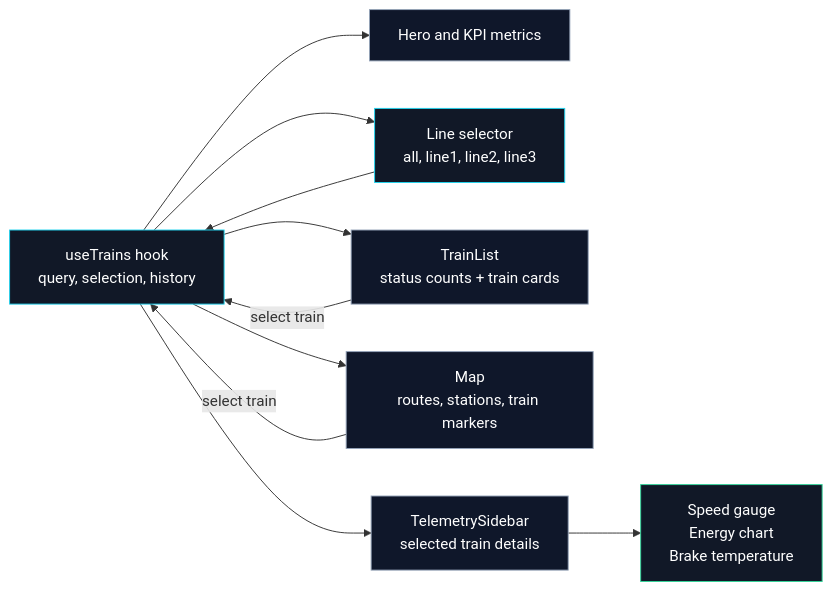
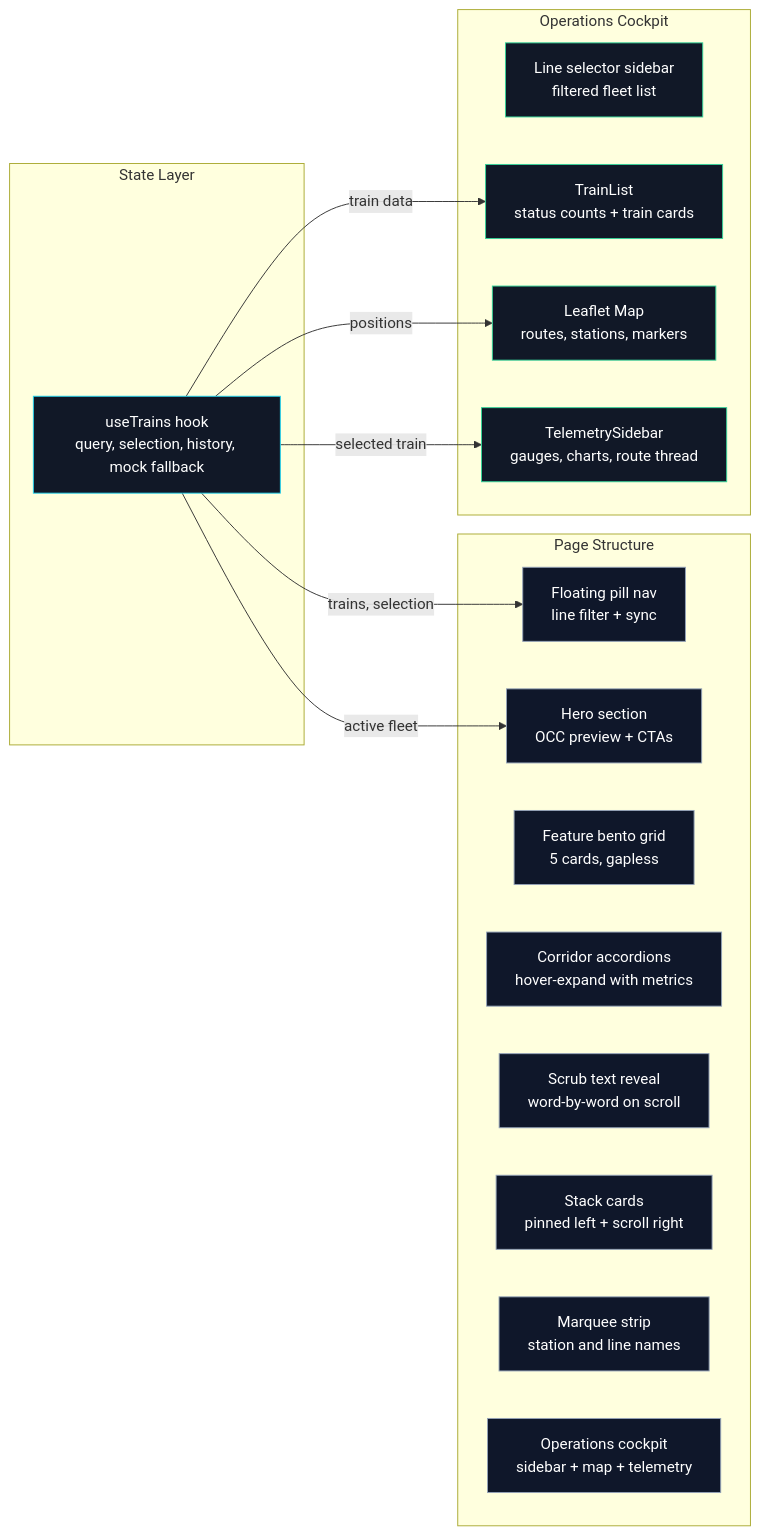
The fourth of 6 diagrams in hmax-lite/docs/architecture.md (AngelP17/rail), drawn with Mermaid before and after one commit. The commit also changed other lines of this file and 19 other files, not shown here.

````diff
--- a/hmax-lite/docs/architecture.md
+++ b/hmax-lite/docs/architecture.md
@@ -105,20 +154,37 @@
 ```mermaid
 flowchart LR
-    Data["useTrains hook\nquery, selection, history"] --> Metrics["Hero and KPI metrics"]
-    Data --> Lines["Line selector\nall, line1, line2, line3"]
-    Data --> Fleet["TrainList\nstatus counts + train cards"]
-    Data --> Map["Map\nroutes, stations, train markers"]
-    Data --> Detail["TelemetrySidebar\nselected train details"]
+    subgraph Data["State Layer"]
+        Hook["useTrains hook\nquery, selection, history, mock fallback"]
+    end
 
-    Lines --> Data
-    Fleet -->|"select train"| Data
-    Map -->|"select train"| Data
-    Detail --> Gauges["Speed gauge\nEnergy chart\nBrake temperature"]
+    subgraph Page["Page Structure"]
+        Nav["Floating pill nav\nline filter + sync"]
+        Hero["Hero section\nOCC preview + CTAs"]
+        Bento["Feature bento grid\n5 cards, gapless"]
+        Accordion["Corridor accordions\nhover-expand with metrics"]
+        Scrub["Scrub text reveal\nword-by-word on scroll"]
+        Stack["Stack cards\npinned left + scroll right"]
+        Marquee["Marquee strip\nstation and line names"]
+        Ops["Operations cockpit\nsidebar + map + telemetry"]
+    end
+
+    subgraph Cockpit["Operations Cockpit"]
+        Sidebar["Line selector sidebar\nfiltered fleet list"]
+        Fleet["TrainList\nstatus counts + train cards"]
+        MapComp["Leaflet Map\nroutes, stations, markers"]
+        Telemetry["TelemetrySidebar\ngauges, charts, route thread"]
+    end
+
+    Hook -->|"trains, selection"| Nav
+    Hook -->|"active fleet"| Hero
+    Hook -->|"train data"| Fleet
+    Hook -->|"positions"| MapComp
+    Hook -->|"selected train"| Telemetry
 
     classDef state fill:#111827,stroke:#22d3ee,color:#fff
-    classDef view fill:#0f172a,stroke:#94a3b8,color:#fff
-    classDef signal fill:#111827,stroke:#34d399,color:#fff
-    class Data,Lines state
-    class Metrics,Fleet,Map,Detail view
-    class Gauges signal
+    classDef page fill:#0f172a,stroke:#94a3b8,color:#fff
+    classDef ops fill:#111827,stroke:#34d399,color:#fff
+    class Hook state
+    class Nav,Hero,Bento,Accordion,Scrub,Stack,Marquee,Ops page
+    class Sidebar,Fleet,MapComp,Telemetry ops
 ```
````
